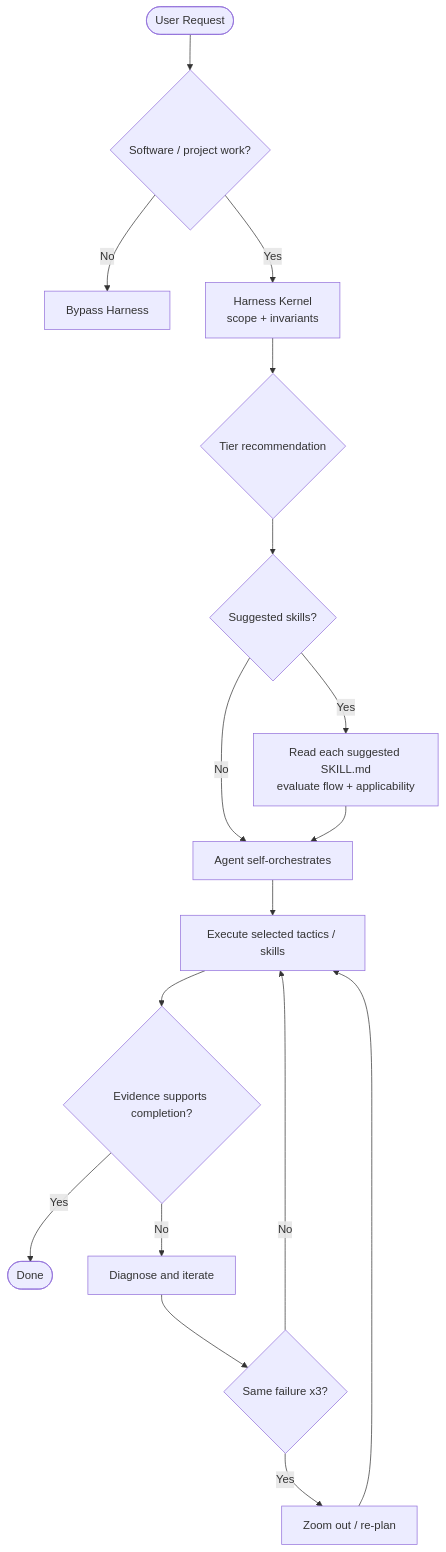
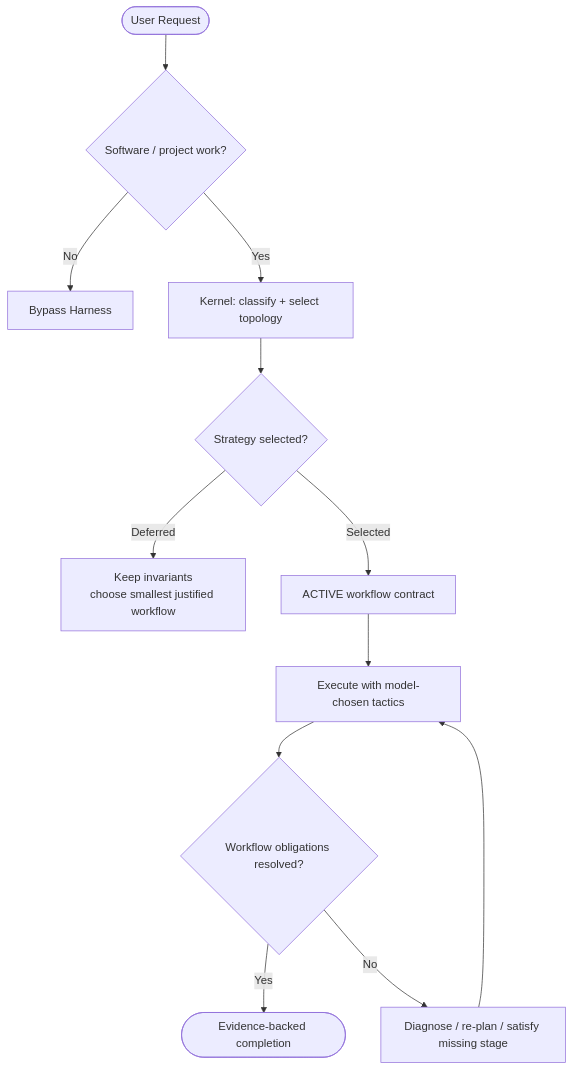
Before and after one commit to dyphn1/Harness-everything: the diagram in docs/routing.md, drawn with Mermaid. The commit also changed other lines of this file and 11 other files, not shown here.

Commit message:
docs(router): align mandatory workflow contract

````diff
--- a/docs/routing.md
+++ b/docs/routing.md
@@ -76,19 +71,14 @@
 ```mermaid
 flowchart TD
     U([User Request]) --> S{Software / project work?}
     S -- No --> B[Bypass Harness]
-    S -- Yes --> K[Harness Kernel<br/>scope + invariants]
-    K --> T{Tier recommendation}
-    T --> G{Suggested skills?}
-    G -- Yes --> R[Read each suggested SKILL.md<br/>evaluate flow + applicability]
-    G -- No --> A[Agent self-orchestrates]
-    R --> A
-    A --> E[Execute selected tactics / skills]
-    E --> V{Evidence supports completion?}
-    V -- Yes --> D([Done])
-    V -- No --> X[Diagnose and iterate]
-    X --> F{Same failure x3?}
-    F -- No --> E
-    F -- Yes --> Z[Zoom out / re-plan]
-    Z --> E
+    S -- Yes --> K[Kernel: classify + select topology]
+    K --> W{Strategy selected?}
+    W -- Deferred --> D[Keep invariants<br/>choose smallest justified workflow]
+    W -- Selected --> A[ACTIVE workflow contract]
+    A --> E[Execute with model-chosen tactics]
+    E --> V{Workflow obligations resolved?}
+    V -- Yes --> Done([Evidence-backed completion])
+    V -- No --> X[Diagnose / re-plan / satisfy missing stage]
+    X --> E
 ```
````
